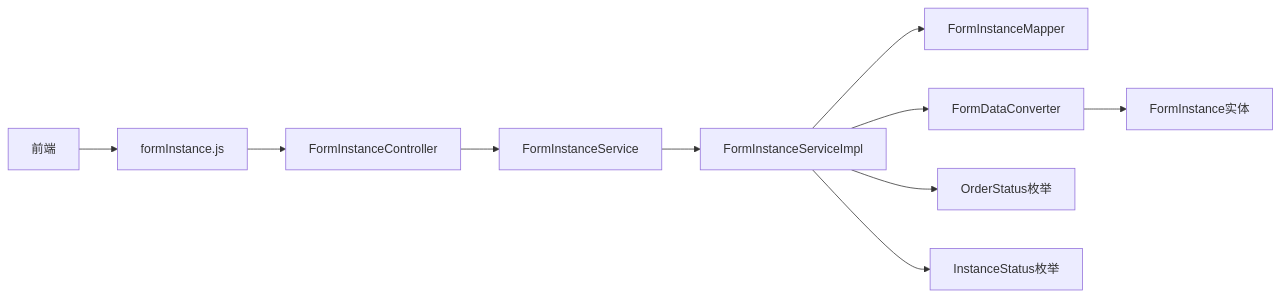
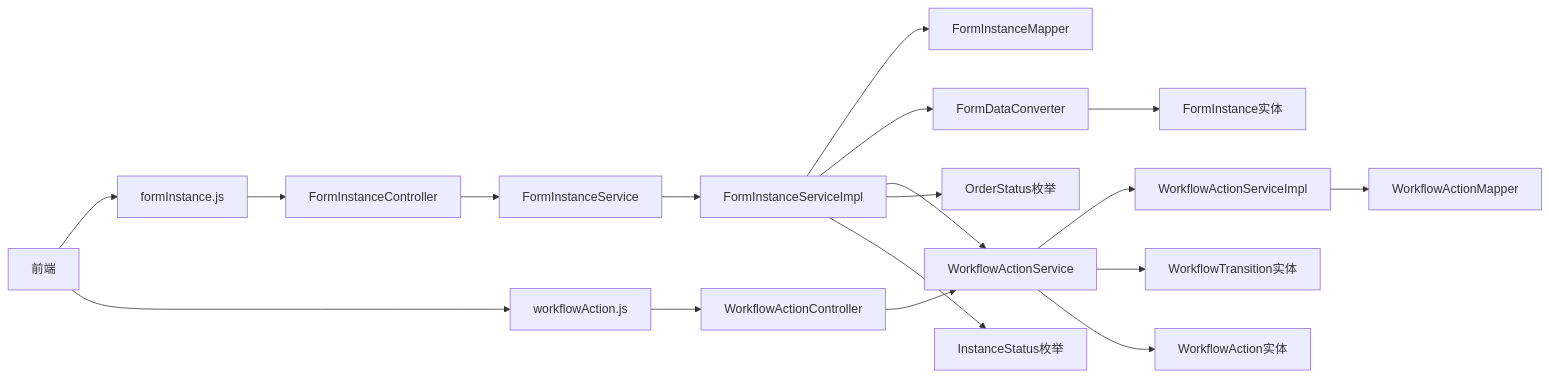
The sixth of 7 diagrams in .qoder/repowiki/zh/content/API接口文档/服务单实例API.md (NJMrLi/genetics), drawn with Mermaid before and after one commit. The commit also changed other lines of this file and 21 other files, not shown here.

````diff
--- a/.qoder/repowiki/zh/content/API接口文档/服务单实例API.md
+++ b/.qoder/repowiki/zh/content/API接口文档/服务单实例API.md
@@ -484,12 +674,20 @@
 ```mermaid
 graph LR
 FE["前端"] --> API["formInstance.js"]
+FE --> WFAPI["workflowAction.js"]
 API --> CTRL["FormInstanceController"]
+WFAPI --> WFCtrl["WorkflowActionController"]
 CTRL --> SVC["FormInstanceService"]
+WFCtrl --> WFService["WorkflowActionService"]
 SVC --> IMPL["FormInstanceServiceImpl"]
+WFService --> WFImpl["WorkflowActionServiceImpl"]
 IMPL --> MAPPER["FormInstanceMapper"]
 IMPL --> CONV["FormDataConverter"]
+WFImpl --> WFMapper["WorkflowActionMapper"]
+IMPL --> WFService
 CONV --> ENT["FormInstance实体"]
 IMPL --> ENUM["OrderStatus枚举"]
 IMPL --> STATUS["InstanceStatus枚举"]
+WFService --> WFEntity["WorkflowTransition实体"]
+WFService --> WFAction["WorkflowAction实体"]
 ```
````
